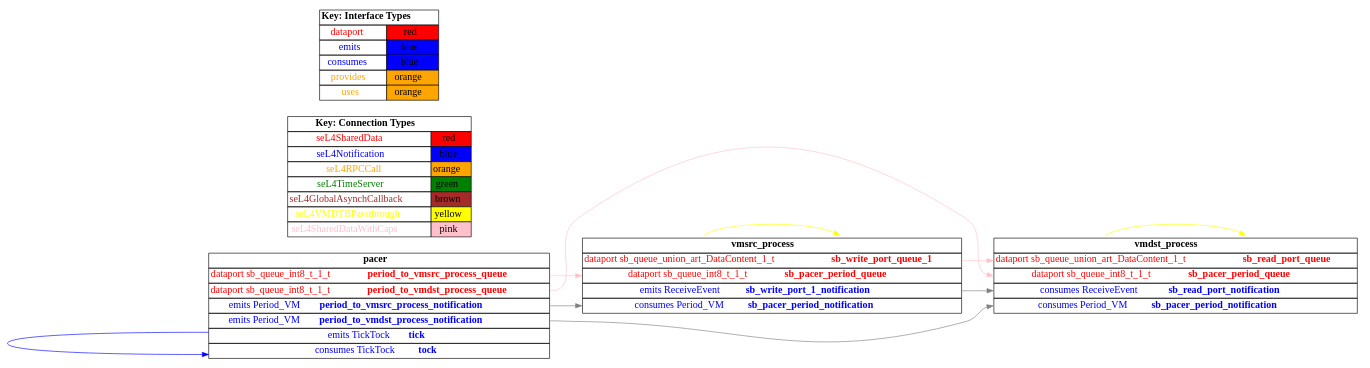
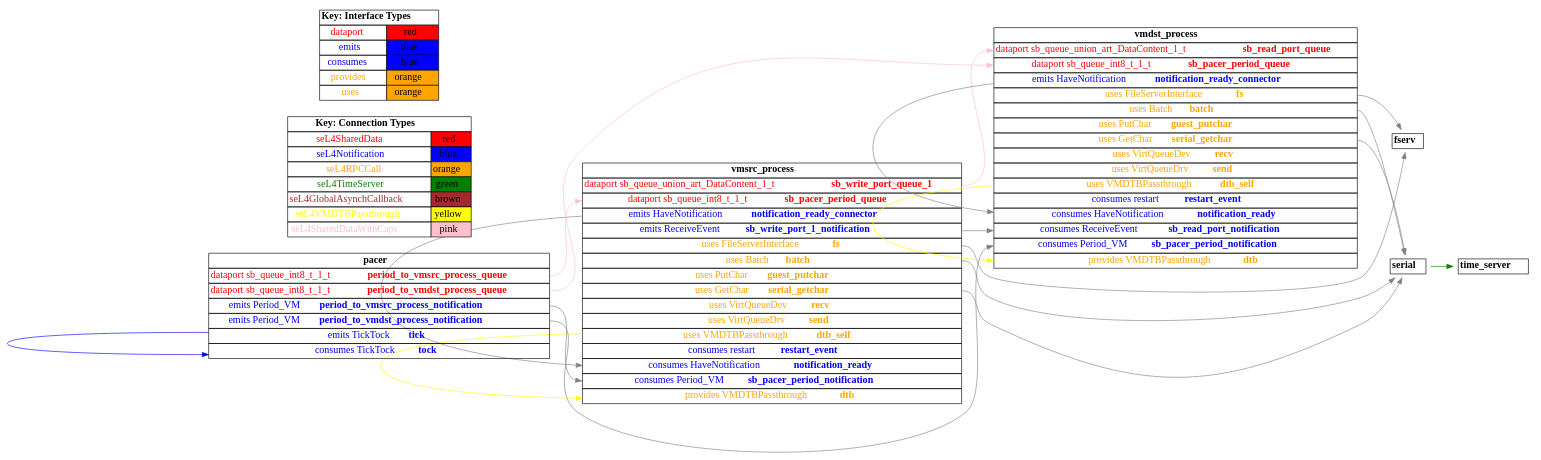
The diagram in TA5/tool-evaluation-4/HAMR/examples/test_event_data_port_periodic_domains_VM/both_vm/CAmkES_seL4/src/c/CAmkES_seL4/graph.dot (loonwerks/CASE), drawn with Graphviz before and after one commit. The commit also changed 1372 other files, not shown here.

```diff
--- a/TA5/tool-evaluation-4/HAMR/examples/test_event_data_port_periodic_domains_VM/both_vm/CAmkES_seL4/src/c/CAmkES_seL4/graph.dot
+++ b/TA5/tool-evaluation-4/HAMR/examples/test_event_data_port_periodic_domains_VM/both_vm/CAmkES_seL4/src/c/CAmkES_seL4/graph.dot
@@ -16,8 +16,46 @@
       <TR><TD><B>vmsrc_process</B></TD></TR>
       <TR><TD PORT="sb_write_port_queue_1"><FONT COLOR="red">dataport sb_queue_union_art_DataContent_1_t <B>sb_write_port_queue_1</B></FONT></TD></TR>
       <TR><TD PORT="sb_pacer_period_queue"><FONT COLOR="red">dataport sb_queue_int8_t_1_t <B>sb_pacer_period_queue</B></FONT></TD></TR>
+      <TR><TD PORT="notification_ready_connector"><FONT COLOR="blue">emits HaveNotification <B>notification_ready_connector</B></FONT></TD></TR>
       <TR><TD PORT="sb_write_port_1_notification"><FONT COLOR="blue">emits ReceiveEvent <B>sb_write_port_1_notification</B></FONT></TD></TR>
-      <TR><TD PORT="sb_pacer_period_notification"><FONT COLOR="blue">consumes Period_VM <B>sb_pacer_period_notification</B></FONT></TD></TR>"
+      <TR><TD PORT="fs"><FONT COLOR="orange">uses FileServerInterface <B>fs</B></FONT></TD></TR>
+      <TR><TD PORT="batch"><FONT COLOR="orange">uses Batch <B>batch</B></FONT></TD></TR>
+      <TR><TD PORT="guest_putchar"><FONT COLOR="orange">uses PutChar <B>guest_putchar</B></FONT></TD></TR>
+      <TR><TD PORT="serial_getchar"><FONT COLOR="orange">uses GetChar <B>serial_getchar</B></FONT></TD></TR>
+      <TR><TD PORT="recv"><FONT COLOR="orange">uses VirtQueueDev <B>recv</B></FONT></TD></TR>
+      <TR><TD PORT="send"><FONT COLOR="orange">uses VirtQueueDrv <B>send</B></FONT></TD></TR>
+      <TR><TD PORT="dtb_self"><FONT COLOR="orange">uses VMDTBPassthrough <B>dtb_self</B></FONT></TD></TR>
+      <TR><TD PORT="restart_event"><FONT COLOR="blue">consumes restart <B>restart_event</B></FONT></TD></TR>
+      <TR><TD PORT="notification_ready"><FONT COLOR="blue">consumes HaveNotification <B>notification_ready</B></FONT></TD></TR>
+      <TR><TD PORT="sb_pacer_period_notification"><FONT COLOR="blue">consumes Period_VM <B>sb_pacer_period_notification</B></FONT></TD></TR>
+      <TR><TD PORT="dtb"><FONT COLOR="orange">provides VMDTBPassthrough <B>dtb</B></FONT></TD></TR>"
+    </TABLE>
+  >
+  shape=plaintext
+];
+
+fserv [
+  label=<
+    <TABLE BORDER="0" CELLBORDER="1" CELLSPACING="0">
+      <TR><TD><B>fserv</B></TD></TR>"
+    </TABLE>
+  >
+  shape=plaintext
+];
+
+serial [
+  label=<
+    <TABLE BORDER="0" CELLBORDER="1" CELLSPACING="0">
+      <TR><TD><B>serial</B></TD></TR>"
+    </TABLE>
+  >
+  shape=plaintext
+];
+
+time_server [
+  label=<
+    <TABLE BORDER="0" CELLBORDER="1" CELLSPACING="0">
+      <TR><TD><B>time_server</B></TD></TR>"
     </TABLE>
   >
   shape=plaintext
@@ -29,8 +67,19 @@
       <TR><TD><B>vmdst_process</B></TD></TR>
       <TR><TD PORT="sb_read_port_queue"><FONT COLOR="red">dataport sb_queue_union_art_DataContent_1_t <B>sb_read_port_queue</B></FONT></TD></TR>
       <TR><TD PORT="sb_pacer_period_queue"><FONT COLOR="red">dataport sb_queue_int8_t_1_t <B>sb_pacer_period_queue</B></FONT></TD></TR>
+      <TR><TD PORT="notification_ready_connector"><FONT COLOR="blue">emits HaveNotification <B>notification_ready_connector</B></FONT></TD></TR>
+      <TR><TD PORT="fs"><FONT COLOR="orange">uses FileServerInterface <B>fs</B></FONT></TD></TR>
+      <TR><TD PORT="batch"><FONT COLOR="orange">uses Batch <B>batch</B></FONT></TD></TR>
+      <TR><TD PORT="guest_putchar"><FONT COLOR="orange">uses PutChar <B>guest_putchar</B></FONT></TD></TR>
+      <TR><TD PORT="serial_getchar"><FONT COLOR="orange">uses GetChar <B>serial_getchar</B></FONT></TD></TR>
+      <TR><TD PORT="recv"><FONT COLOR="orange">uses VirtQueueDev <B>recv</B></FONT></TD></TR>
+      <TR><TD PORT="send"><FONT COLOR="orange">uses VirtQueueDrv <B>send</B></FONT></TD></TR>
+      <TR><TD PORT="dtb_self"><FONT COLOR="orange">uses VMDTBPassthrough <B>dtb_self</B></FONT></TD></TR>
+      <TR><TD PORT="restart_event"><FONT COLOR="blue">consumes restart <B>restart_event</B></FONT></TD></TR>
+      <TR><TD PORT="notification_ready"><FONT COLOR="blue">consumes HaveNotification <B>notification_ready</B></FONT></TD></TR>
       <TR><TD PORT="sb_read_port_notification"><FONT COLOR="blue">consumes ReceiveEvent <B>sb_read_port_notification</B></FONT></TD></TR>
-      <TR><TD PORT="sb_pacer_period_notification"><FONT COLOR="blue">consumes Period_VM <B>sb_pacer_period_notification</B></FONT></TD></TR>"
+      <TR><TD PORT="sb_pacer_period_notification"><FONT COLOR="blue">consumes Period_VM <B>sb_pacer_period_notification</B></FONT></TD></TR>
+      <TR><TD PORT="dtb"><FONT COLOR="orange">provides VMDTBPassthrough <B>dtb</B></FONT></TD></TR>"
     </TABLE>
   >
   shape=plaintext
@@ -88,10 +137,73 @@
 
 ];
 
+"vmsrc_process":fs -> "fserv":fs_ctrl [
+  color="grey"
+  //label = "seL4RPCDataport"
+  id = fsvmsrc_process
+
+];
+
+"vmsrc_process":notification_ready_connector -> "vmsrc_process":notification_ready [
+  color="grey"
+  //label = "seL4GlobalAsynch"
+  id = notify_ready_vmsrc_process
+
+];
+
+"serial":timeout -> "time_server":the_timer [
+  color="green"
+  //label = "seL4TimeServer"
+  id = serialserver_timer
+
+];
+
+"vmsrc_process":batch -> "serial":processed_batch [
+  color="grey"
+  //label = "seL4SerialServer"
+  id = serial_vmsrc_process
+
+];
+
+"vmsrc_process":serial_getchar -> "serial":getchar [
+  color="grey"
+  //label = "seL4SerialServer"
+  id = serial_input_vmsrc_process
+
+];
+
 "vmdst_process":dtb_self -> "vmdst_process":dtb [
   color="yellow"
   //label = "seL4VMDTBPassthrough"
   id = conn2
+
+];
+
+"vmdst_process":fs -> "fserv":fs_ctrl [
+  color="grey"
+  //label = "seL4RPCDataport"
+  id = fsvmdst_process
+
+];
+
+"vmdst_process":notification_ready_connector -> "vmdst_process":notification_ready [
+  color="grey"
+  //label = "seL4GlobalAsynch"
+  id = notify_ready_vmdst_process
+
+];
+
+"vmdst_process":batch -> "serial":processed_batch [
+  color="grey"
+  //label = "seL4SerialServer"
+  id = serial_vmdst_process
+
+];
+
+"vmdst_process":serial_getchar -> "serial":getchar [
+  color="grey"
+  //label = "seL4SerialServer"
+  id = serial_input_vmdst_process
 
 ];
 
```
